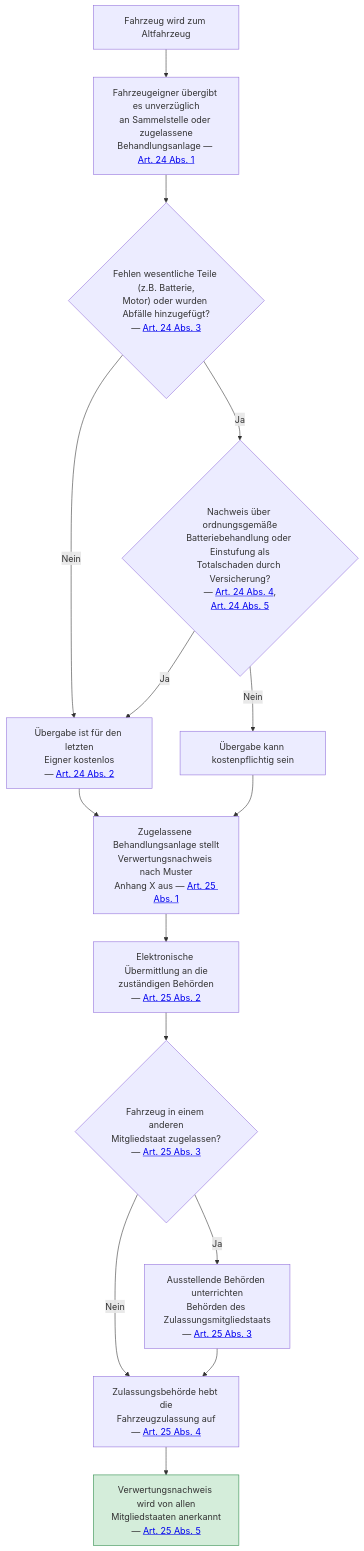
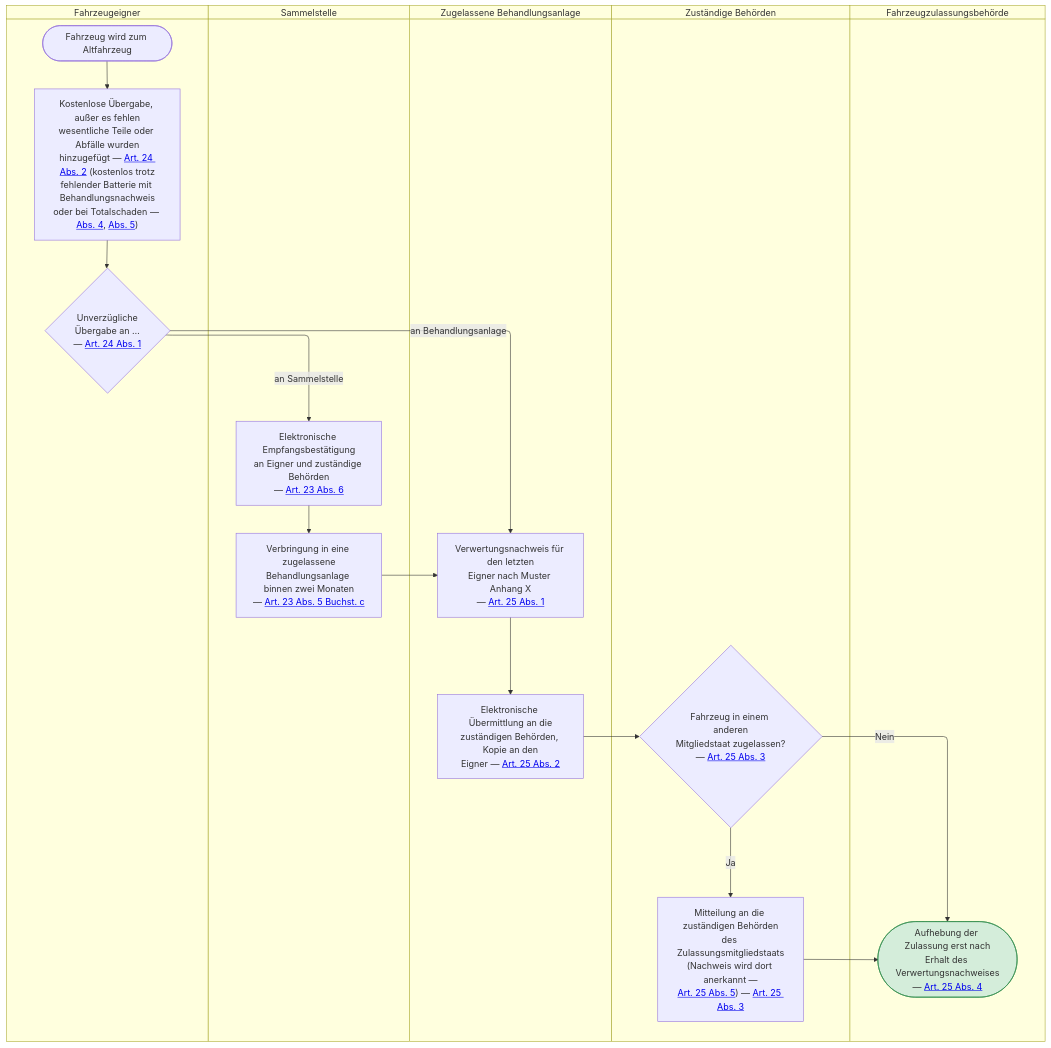
Before and after one commit to digitalservicebund/zfl-website: the diagram in src/content/ki-visualisierungen/ELVR/verwertungsnachweis.mmd, drawn with Mermaid. The commit also changed 48 other files, not shown here.

```diff
--- a/src/content/ki-visualisierungen/ELVR/verwertungsnachweis.mmd
+++ b/src/content/ki-visualisierungen/ELVR/verwertungsnachweis.mmd
@@ -1,28 +1,42 @@
 ---
-summary: "Zeigt den Ablauf von der Übergabe eines Altfahrzeugs über die Kostenfrage bis zur Ausstellung, Übermittlung und EU-weiten Anerkennung des Verwertungsnachweises."
+summary: "Zeigt den Weg eines Altfahrzeugs vom Fahrzeugeigner über Sammelstelle oder zugelassene Behandlungsanlage bis zum Verwertungsnachweis, dessen elektronischer Übermittlung an die zuständigen Behörden und der Aufhebung der Zulassung."
 ---
-flowchart TD
-    A["Fahrzeug wird zum Altfahrzeug"] --> B["Fahrzeugeigner übergibt es unverzüglich<br/>an Sammelstelle oder zugelassene<br/>Behandlungsanlage — <a href='{{ELI}}#024.001' target='_blank' rel='noopener'>Art. 24 Abs. 1</a>"]
+swimlane-beta TD
+    subgraph Eigner["Fahrzeugeigner"]
+        start(["Fahrzeug wird zum Altfahrzeug"])
+        kosten["Kostenlose Übergabe, außer es fehlen<br/>wesentliche Teile oder Abfälle wurden<br/>hinzugefügt — <a href='{{ELI}}#024.002' target='_blank' rel='noopener'>Art. 24 Abs. 2</a> (kostenlos trotz<br/>fehlender Batterie mit Behandlungsnachweis<br/>oder bei Totalschaden — <a href='{{ELI}}#024.004' target='_blank' rel='noopener'>Abs. 4</a>, <a href='{{ELI}}#024.005' target='_blank' rel='noopener'>Abs. 5</a>)"]
+        uebergabe{"Unverzügliche<br/>Übergabe an …<br/>— <a href='{{ELI}}#024.001' target='_blank' rel='noopener'>Art. 24 Abs. 1</a>"}
+    end
 
-    B --> C{"Fehlen wesentliche Teile (z.B. Batterie,<br/>Motor) oder wurden Abfälle hinzugefügt?<br/>— <a href='{{ELI}}#024.003' target='_blank' rel='noopener'>Art. 24 Abs. 3</a>"}
+    subgraph SSt["Sammelstelle"]
+        erhalt["Elektronische Empfangsbestätigung<br/>an Eigner und zuständige Behörden<br/>— <a href='{{ELI}}#023.006' target='_blank' rel='noopener'>Art. 23 Abs. 6</a>"]
+        verbringen["Verbringung in eine zugelassene<br/>Behandlungsanlage binnen zwei Monaten<br/>— <a href='{{ELI}}#023.005' target='_blank' rel='noopener'>Art. 23 Abs. 5 Buchst. c</a>"]
+    end
 
-    C -->|Nein| D["Übergabe ist für den letzten<br/>Eigner kostenlos<br/>— <a href='{{ELI}}#024.002' target='_blank' rel='noopener'>Art. 24 Abs. 2</a>"]
-    C -->|Ja| E{"Nachweis über ordnungsgemäße<br/>Batteriebehandlung oder Einstufung als<br/>Totalschaden durch Versicherung?<br/>— <a href='{{ELI}}#024.004' target='_blank' rel='noopener'>Art. 24 Abs. 4</a>,<br/><a href='{{ELI}}#024.005' target='_blank' rel='noopener'>Art. 24 Abs. 5</a>"}
+    subgraph BA["Zugelassene Behandlungsanlage"]
+        nachweis["Verwertungsnachweis für den letzten<br/>Eigner nach Muster Anhang X<br/>— <a href='{{ELI}}#025.001' target='_blank' rel='noopener'>Art. 25 Abs. 1</a>"]
+        mitteilung["Elektronische Übermittlung an die<br/>zuständigen Behörden, Kopie an den<br/>Eigner — <a href='{{ELI}}#025.002' target='_blank' rel='noopener'>Art. 25 Abs. 2</a>"]
+    end
 
-    E -->|Ja| D
-    E -->|Nein| F["Übergabe kann kostenpflichtig sein"]
+    subgraph ZB["Zuständige Behörden"]
+        anderer{"Fahrzeug in einem anderen<br/>Mitgliedstaat zugelassen?<br/>— <a href='{{ELI}}#025.003' target='_blank' rel='noopener'>Art. 25 Abs. 3</a>"}
+        unterrichtung["Mitteilung an die zuständigen Behörden<br/>des Zulassungsmitgliedstaats<br/>(Nachweis wird dort anerkannt —<br/><a href='{{ELI}}#025.005' target='_blank' rel='noopener'>Art. 25 Abs. 5</a>) — <a href='{{ELI}}#025.003' target='_blank' rel='noopener'>Art. 25 Abs. 3</a>"]
+    end
 
-    D --> G["Zugelassene Behandlungsanlage stellt<br/>Verwertungsnachweis nach Muster<br/>Anhang X aus — <a href='{{ELI}}#025.001' target='_blank' rel='noopener'>Art. 25 Abs. 1</a>"]
-    F --> G
+    subgraph FZB["Fahrzeugzulassungsbehörde"]
+        aufhebung(["Aufhebung der Zulassung erst nach<br/>Erhalt des Verwertungsnachweises<br/>— <a href='{{ELI}}#025.004' target='_blank' rel='noopener'>Art. 25 Abs. 4</a>"])
+    end
 
-    G --> H["Elektronische Übermittlung an die<br/>zuständigen Behörden<br/>— <a href='{{ELI}}#025.002' target='_blank' rel='noopener'>Art. 25 Abs. 2</a>"]
+    start --> kosten
+    kosten --> uebergabe
+    uebergabe -->|"an Sammelstelle"| erhalt
+    uebergabe -->|"an Behandlungsanlage"| nachweis
+    erhalt --> verbringen
+    verbringen --> nachweis
+    nachweis --> mitteilung
+    mitteilung --> anderer
+    anderer -->|Ja| unterrichtung
+    anderer -->|Nein| aufhebung
+    unterrichtung --> aufhebung
 
-    H --> I{"Fahrzeug in einem anderen<br/>Mitgliedstaat zugelassen?<br/>— <a href='{{ELI}}#025.003' target='_blank' rel='noopener'>Art. 25 Abs. 3</a>"}
-
-    I -->|Ja| J["Ausstellende Behörden unterrichten<br/>Behörden des Zulassungsmitgliedstaats<br/>— <a href='{{ELI}}#025.003' target='_blank' rel='noopener'>Art. 25 Abs. 3</a>"]
-    I -->|Nein| K["Zulassungsbehörde hebt die<br/>Fahrzeugzulassung auf<br/>— <a href='{{ELI}}#025.004' target='_blank' rel='noopener'>Art. 25 Abs. 4</a>"]
-    J --> K
-
-    K --> L["Verwertungsnachweis wird von allen<br/>Mitgliedstaaten anerkannt<br/>— <a href='{{ELI}}#025.005' target='_blank' rel='noopener'>Art. 25 Abs. 5</a>"]
-
-    style L fill:#d4edda,stroke:#2d8a4a
+    style aufhebung fill:#d4edda,stroke:#2d8a4a
```
